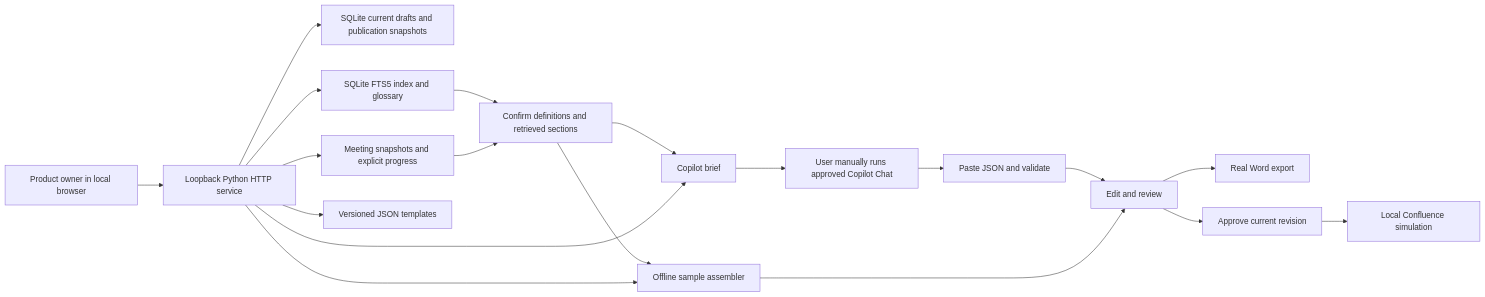
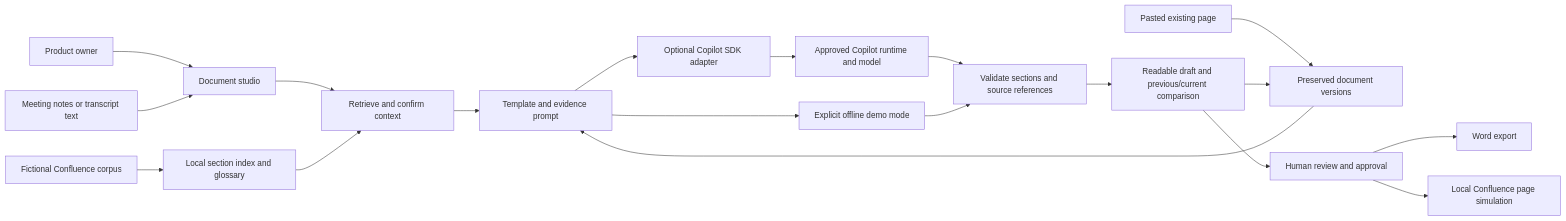
Before and after one commit to bipinhcs11/Agentic-AI-Learning-Roadmap: the diagram in Phase8_Integrations_Shipping/project_07_business_document_assistant/docs/ARCHITECTURE.md, drawn with Mermaid. The commit also changed other lines of this file and 19 other files, not shown here.

Commit message:
Add document version workflows and direct Copilot SDK drafting

````diff
--- a/Phase8_Integrations_Shipping/project_07_business_document_assistant/docs/ARCHITECTURE.md
+++ b/Phase8_Integrations_Shipping/project_07_business_document_assistant/docs/ARCHITECTURE.md
@@ -179,21 +7,21 @@
 ```mermaid
 flowchart LR
-    PO[Product owner in local browser] --> HTTP[Loopback Python HTTP service]
-    HTTP --> DATA[SQLite current drafts and publication snapshots]
-    HTTP --> CONTEXT[SQLite FTS5 index and glossary]
-    CONTEXT --> REVIEWCONTEXT[Confirm definitions and retrieved sections]
-    HTTP --> MEETINGS[Meeting snapshots and explicit progress]
-    MEETINGS --> REVIEWCONTEXT
-    REVIEWCONTEXT --> OFFLINE
-    REVIEWCONTEXT --> BRIEF
-    HTTP --> TEMPLATES[Versioned JSON templates]
-    HTTP --> OFFLINE[Offline sample assembler]
-    HTTP --> BRIEF[Copilot brief]
-    BRIEF --> USER[User manually runs approved Copilot Chat]
-    USER --> IMPORT[Paste JSON and validate]
-    IMPORT --> EDIT[Edit and review]
-    OFFLINE --> EDIT
-    EDIT --> WORD[Real Word export]
-    EDIT --> APPROVE[Approve current revision]
-    APPROVE --> PREVIEW[Local Confluence simulation]
+  PO[Product owner] --> UI[Document studio]
+  NOTES[Meeting notes or transcript text] --> UI
+  ORIGINAL[Pasted existing page] --> V[Preserved document versions]
+  UI --> R[Retrieve and confirm context]
+  FIX[Fictional Confluence corpus] --> IDX[Local section index and glossary]
+  IDX --> R
+  V --> P[Template and evidence prompt]
+  R --> P
+  P --> SDK[Optional Copilot SDK adapter]
+  SDK --> RT[Approved Copilot runtime and model]
+  P --> OFF[Explicit offline demo mode]
+  RT --> CHECK[Validate sections and source references]
+  OFF --> CHECK
+  CHECK --> D[Readable draft and previous/current comparison]
+  D --> V
+  D --> REVIEW[Human review and approval]
+  REVIEW --> WORD[Word export]
+  REVIEW --> PREVIEW[Local Confluence page simulation]
 ```
````
